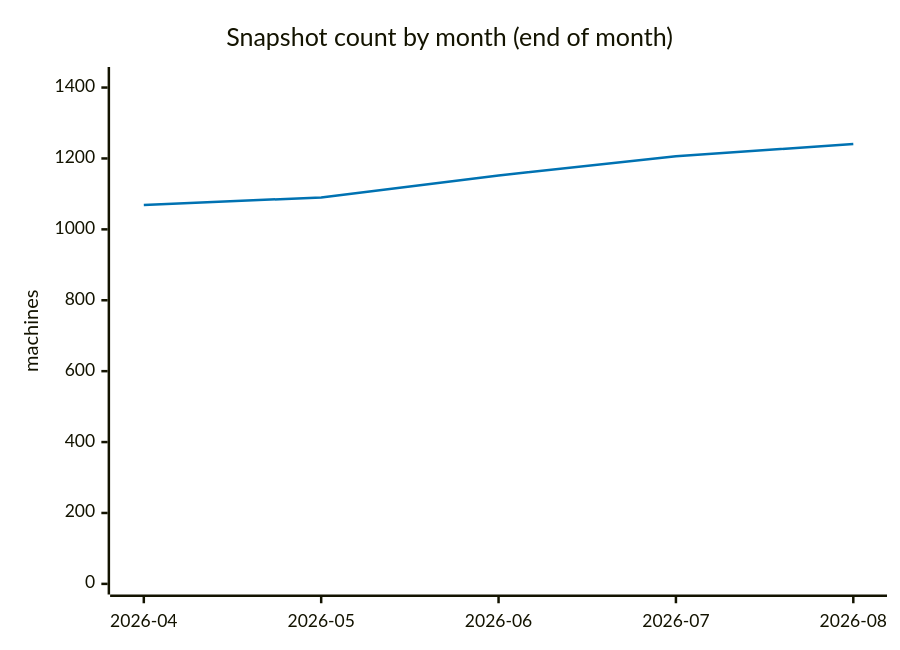
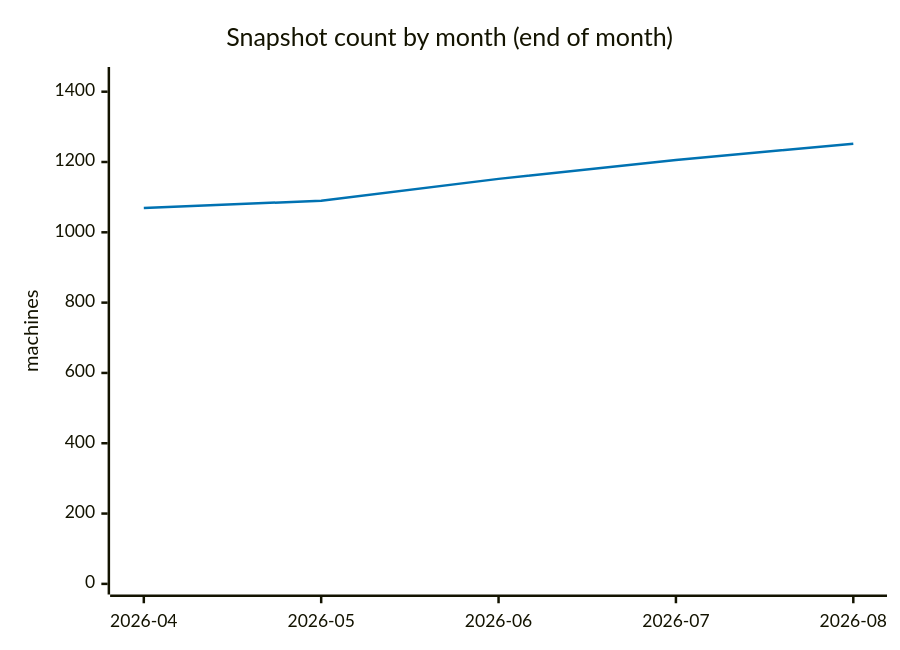
One commit to cheeaun/returnright-data changed the sixth of 7 diagrams in ANALYSIS.md. Above: the diagram before and after it, drawn with Mermaid. The commit also changed other lines of this file and 3 other files, not shown here.

````diff
--- a/ANALYSIS.md
+++ b/ANALYSIS.md
@@ -284,13 +284,13 @@
 ```mermaid
 ---
 config:
   themeVariables:
     xyChart:
       plotColorPalette: "#0072B2"
 ---
 xychart-beta
     title "Snapshot count by month (end of month)"
     x-axis ["2026-04", "2026-05", "2026-06", "2026-07", "2026-08"]
-    y-axis "machines" 0 --> 1428
-    line [1069, 1090, 1152, 1206, 1241]
+    y-axis "machines" 0 --> 1440
+    line [1069, 1090, 1152, 1206, 1252]
 ```
````
